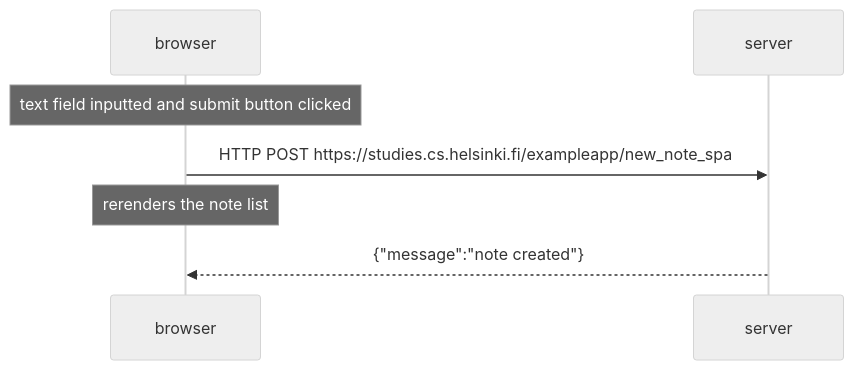
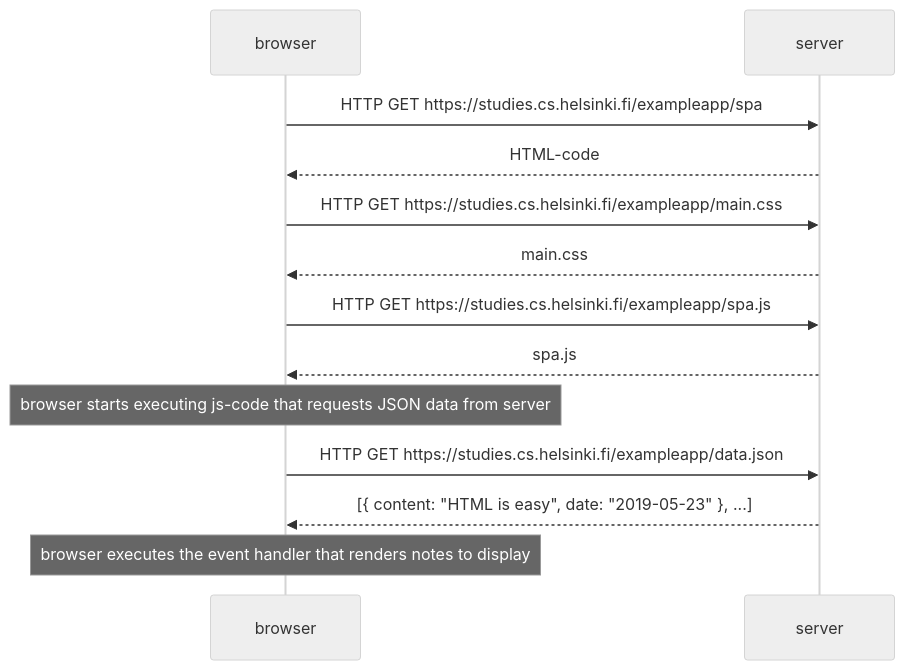
One commit to ivan00105/Full-Stack-open-2022 changed the diagram in part0/0_5.md. Above: the diagram before and after it, drawn with Mermaid (neutral theme). The commit also changed 1 other file, not shown here.

Commit message:
0_5 changed into 0_6 and new 0_5 created

````diff
--- a/part0/0_5.md
+++ b/part0/0_5.md
@@ -1,9 +1,19 @@
 ```mermaid
 sequenceDiagram
 
-note over browser: text field inputted and submit button clicked
+browser->>server: HTTP GET https://studies.cs.helsinki.fi/exampleapp/spa
+server-->>browser: HTML-code
 
-browser->>server: HTTP POST https://studies.cs.helsinki.fi/exampleapp/new_note_spa
-note over browser: rerenders the note list
-server-->>browser: {"message":"note created"}
+browser->>server: HTTP GET https://studies.cs.helsinki.fi/exampleapp/main.css
+server-->>browser: main.css
+browser->>server: HTTP GET https://studies.cs.helsinki.fi/exampleapp/spa.js
+server-->>browser: spa.js
+
+note over browser: browser starts executing js-code that requests JSON data from server
+
+
+browser->>server: HTTP GET https://studies.cs.helsinki.fi/exampleapp/data.json
+server-->>browser: [{ content: "HTML is easy", date: "2019-05-23" }, ...]
+
+note over browser: browser executes the event handler that renders notes to display
 ```
````
